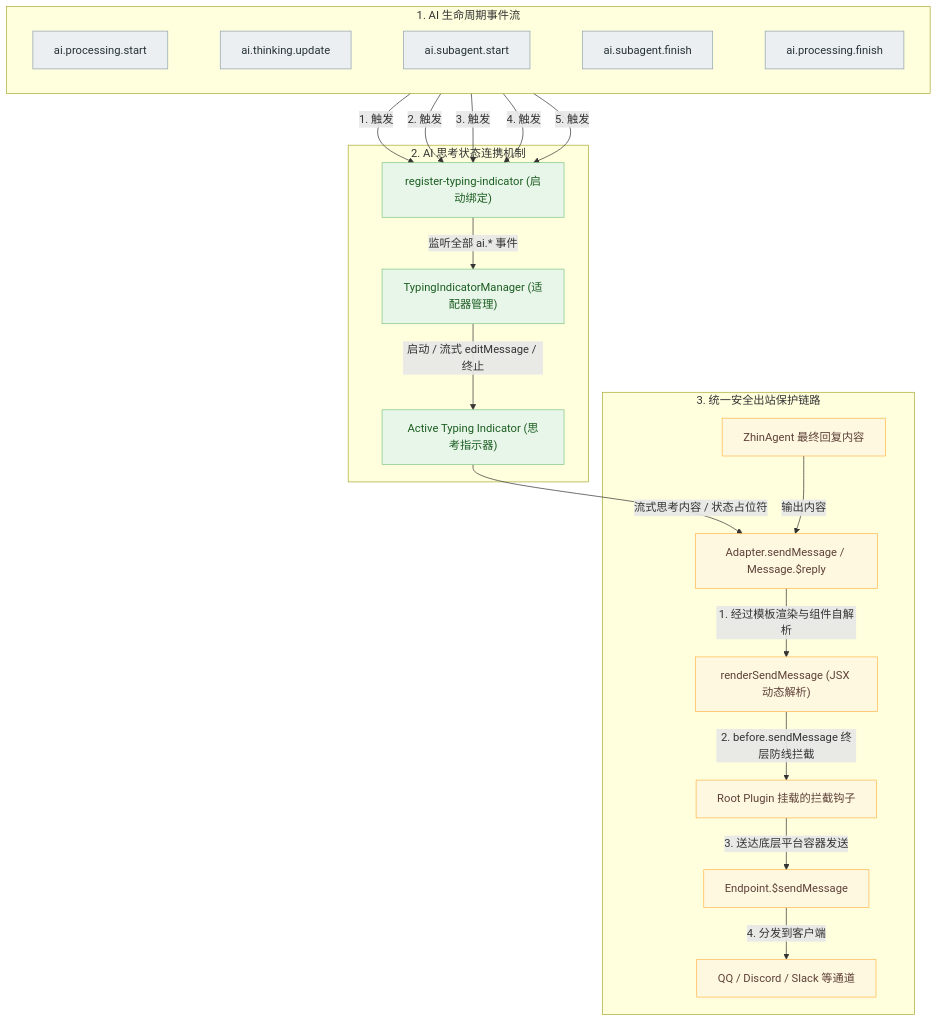
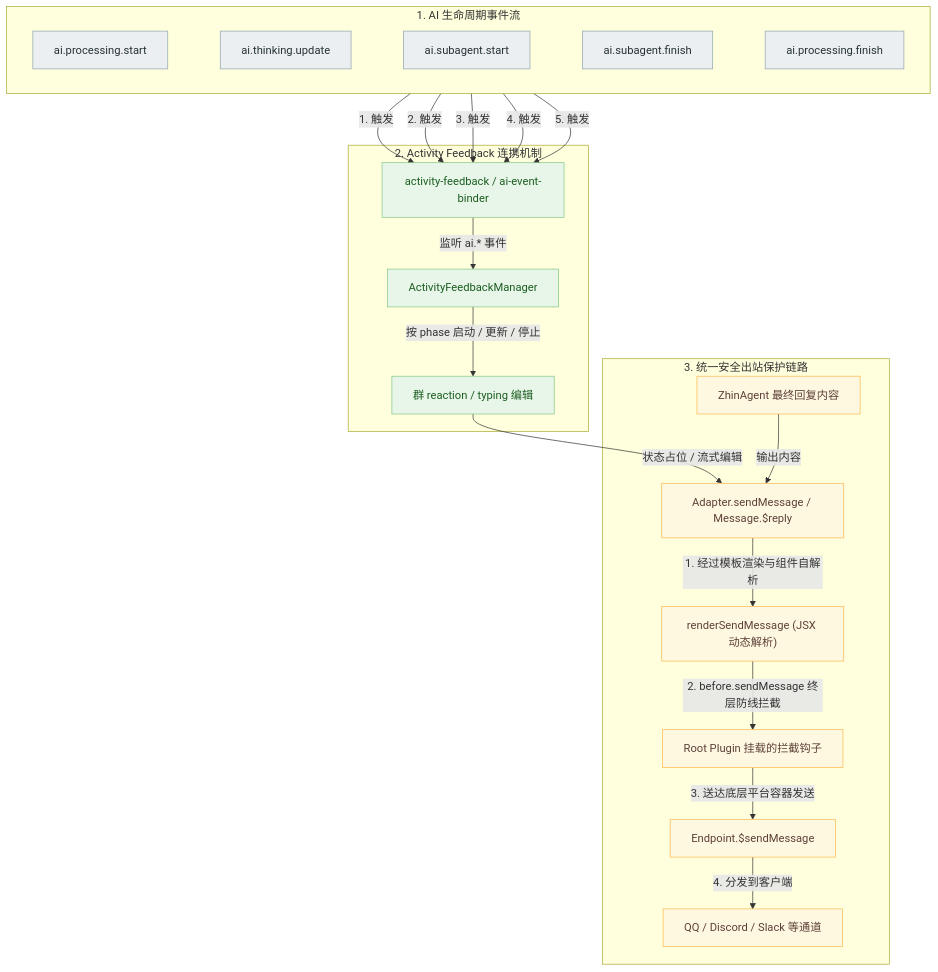
One commit to zhinjs/zhin changed the fourth of 4 diagrams in README.md. Above: the diagram before and after it, drawn with Mermaid. The commit also changed other lines of this file and 118 other files, not shown here.

First line of the commit message:
feat(docs): update README and ADRs for activity feedback and pipeline changes

````diff
--- a/README.md
+++ b/README.md
@@ -489,44 +489,44 @@
 ```mermaid
 graph TD
     %% AI 生命周期事件广播
     subgraph EventStream["1. AI 生命周期事件流"]
         direction LR
         Evt_Start["ai.processing.start"] ~~~ Evt_Think["ai.thinking.update"] ~~~ Evt_SubStart["ai.subagent.start"] ~~~ Evt_SubFinish["ai.subagent.finish"] ~~~ Evt_Finish["ai.processing.finish"]
     end
 
     %% 状态自动连携
-    subgraph StateBinding["2. AI 思考状态连携机制"]
-        RegIndicator["register-typing-indicator (启动绑定)"]
-        TIM["TypingIndicatorManager (适配器管理)"]
-        ActiveInd["Active Typing Indicator (思考指示器)"]
+    subgraph StateBinding["2. Activity Feedback 连携机制"]
+        Binder["activity-feedback / ai-event-binder"]
+        AFM["ActivityFeedbackManager"]
+        ActiveFB["群 reaction / typing 编辑"]
 
-        RegIndicator -->|监听全部 ai.* 事件| TIM
-        TIM -->|启动 / 流式 editMessage / 终止| ActiveInd
+        Binder -->|监听 ai.* 事件| AFM
+        AFM -->|按 phase 启动 / 更新 / 停止| ActiveFB
     end
 
     %% 统一安全出站链路 (IM Send Path)
     subgraph OutboundPipeline["3. 统一安全出站保护链路"]
-        ActiveInd -->|流式思考内容 / 状态占位符| SendAPI["Adapter.sendMessage / Message.$reply"]
+        ActiveFB -->|状态占位 / 流式编辑| SendAPI["Adapter.sendMessage / Message.$reply"]
         ZhinAgentAns["ZhinAgent 最终回复内容"] -->|输出内容| SendAPI
 
         SendAPI -->|1. 经过模板渲染与组件自解析| Render["renderSendMessage (JSX 动态解析)"]
         Render -->|2. before.sendMessage 终层防线拦截| BeforeHook["Root Plugin 挂载的拦截钩子"]
         BeforeHook -->|3. 送达底层平台容器发送| EndpointSend["Endpoint.$sendMessage"]
         EndpointSend -->|4. 分发到客户端| Client["QQ / Discord / Slack 等通道"]
     end
 
     %% 事件流到绑定的连动
-    Evt_Start -->|1. 触发| RegIndicator
-    Evt_Think -->|2. 触发| RegIndicator
-    Evt_SubStart -->|3. 触发| RegIndicator
-    Evt_SubFinish -->|4. 触发| RegIndicator
-    Evt_Finish -->|5. 触发| RegIndicator
+    Evt_Start -->|1. 触发| Binder
+    Evt_Think -->|2. 触发| Binder
+    Evt_SubStart -->|3. 触发| Binder
+    Evt_SubFinish -->|4. 触发| Binder
+    Evt_Finish -->|5. 触发| Binder
 
     classDef stream fill:#eceff1,stroke:#90a4ae,color:#263238
     classDef binding fill:#e8f5e9,stroke:#81c784,color:#1b5e20
     classDef pipeline fill:#fff8e1,stroke:#ffb74d,color:#5d4037
 
     class Evt_Start,Evt_Think,Evt_SubStart,Evt_SubFinish,Evt_Finish stream
-    class RegIndicator,TIM,ActiveInd binding
+    class Binder,AFM,ActiveFB binding
     class SendAPI,ZhinAgentAns,Render,BeforeHook,EndpointSend,Client pipeline
 ```
````
